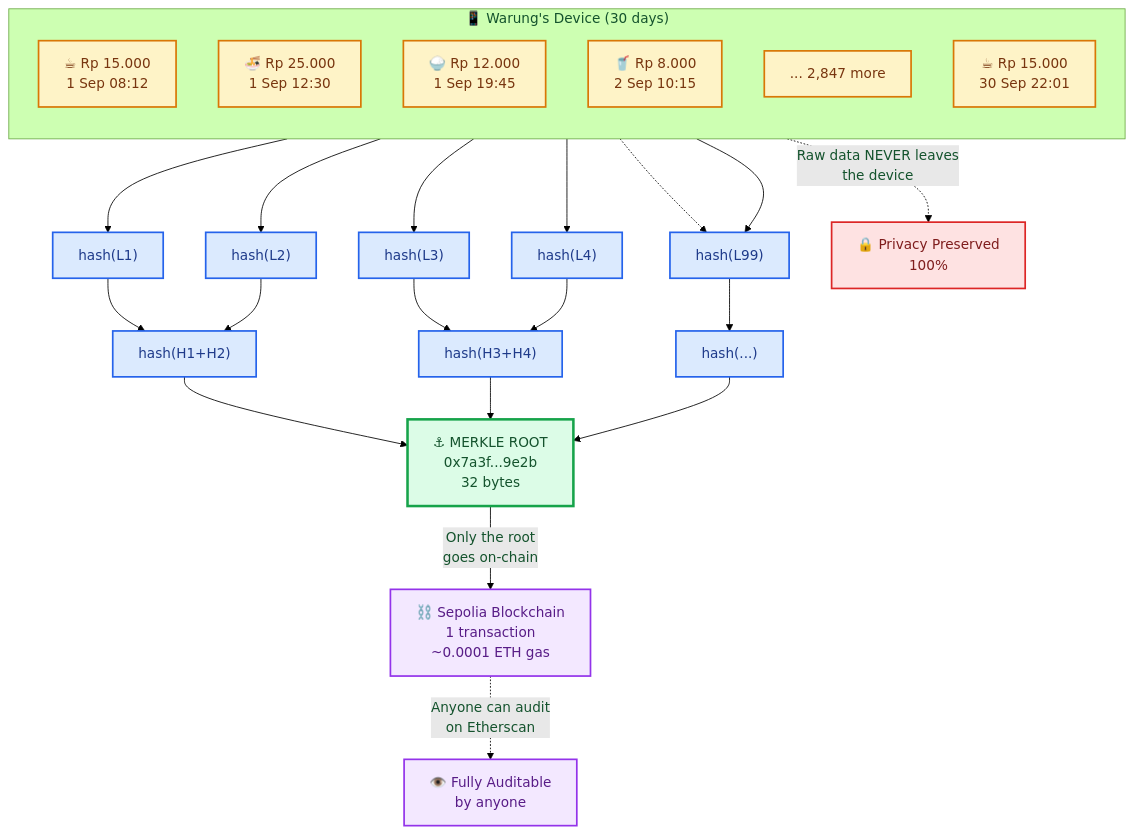
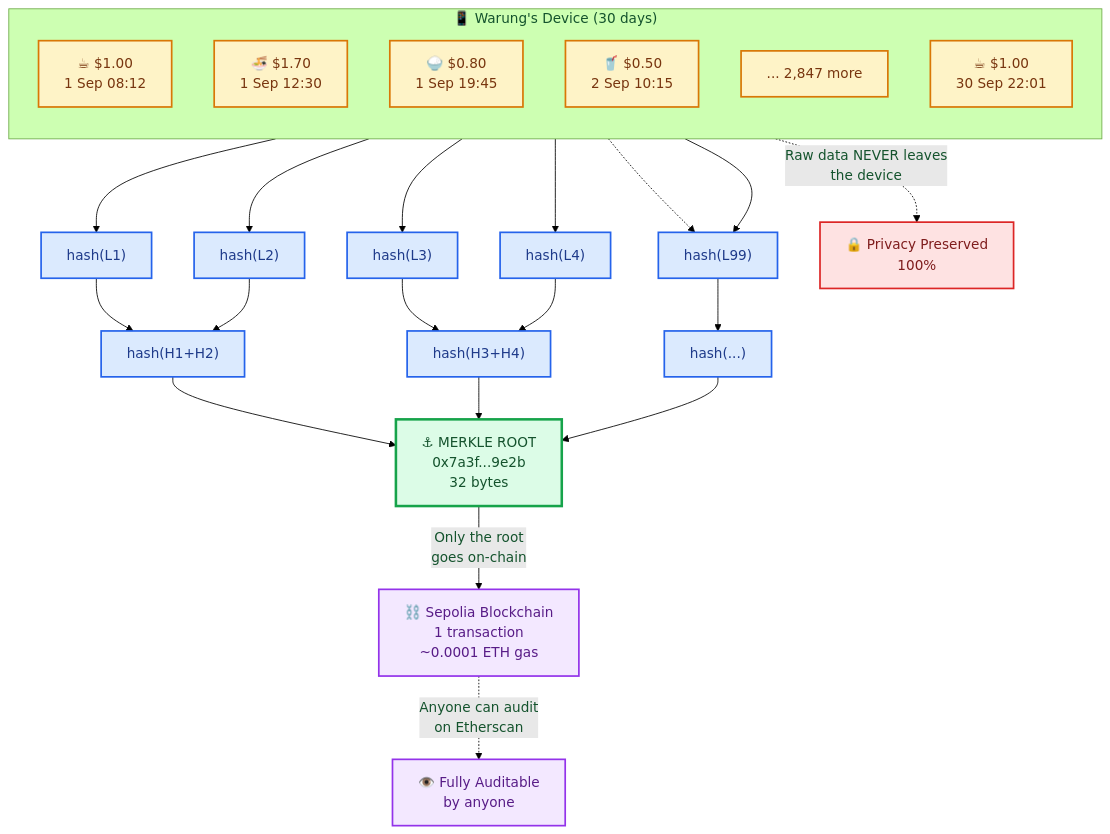
Before and after one commit to Ringga999/zcp2o-protocol: the diagram in docs/flowcharts/merkle-tree.md, drawn with Mermaid (forest theme). The commit also changed other lines of this file, not shown here.

````diff
--- a/docs/flowcharts/merkle-tree.md
+++ b/docs/flowcharts/merkle-tree.md
@@ -5,62 +7,62 @@
 ```mermaid
 flowchart TD
     %% Styling
     classDef leaf fill:#fef3c7,stroke:#d97706,stroke-width:2px,color:#78350f
     classDef node fill:#dbeafe,stroke:#2563eb,stroke-width:2px,color:#1e3a8a
     classDef root fill:#dcfce7,stroke:#16a34a,stroke-width:3px,color:#14532d
     classDef chain fill:#f3e8ff,stroke:#9333ea,stroke-width:2px,color:#581c87
     classDef privacy fill:#fee2e2,stroke:#dc2626,stroke-width:2px,color:#7f1d1d
 
     %% Layer 1: Raw transactions
     subgraph DEVICE["📱 Warung's Device (30 days)"]
         direction TB
-        L1["☕ Rp 15.000<br/>1 Sep 08:12"]:::leaf
-        L2["🍜 Rp 25.000<br/>1 Sep 12:30"]:::leaf
-        L3["🍚 Rp 12.000<br/>1 Sep 19:45"]:::leaf
-        L4["🥤 Rp 8.000<br/>2 Sep 10:15"]:::leaf
+        L1["☕ $1.00<br/>1 Sep 08:12"]:::leaf
+        L2["🍜 $1.70<br/>1 Sep 12:30"]:::leaf
+        L3["🍚 $0.80<br/>1 Sep 19:45"]:::leaf
+        L4["🥤 $0.50<br/>2 Sep 10:15"]:::leaf
         LN["... 2,847 more"]:::leaf
-        L99["☕ Rp 15.000<br/>30 Sep 22:01"]:::leaf
+        L99["☕ $1.00<br/>30 Sep 22:01"]:::leaf
     end
 
     %% Layer 2: Leaves (hashed)
     H1["hash(L1)"]:::node
     H2["hash(L2)"]:::node
     H3["hash(L3)"]:::node
     H4["hash(L4)"]:::node
     H99["hash(L99)"]:::node
 
     %% Layer 3: Intermediate nodes
     N1["hash(H1+H2)"]:::node
     N2["hash(H3+H4)"]:::node
     N99["hash(...)"]:::node
 
     %% Layer 4: Root
     ROOT["⚓ MERKLE ROOT<br/>0x7a3f...9e2b<br/>32 bytes"]:::root
 
     %% Layer 5: On-chain
     CHAIN["⛓️ Sepolia Blockchain<br/>1 transaction<br/>~0.0001 ETH gas"]:::chain
 
     %% Flow
     L1 --> H1
     L2 --> H2
     L3 --> H3
     L4 --> H4
     LN -.-> H99
     L99 --> H99
 
     H1 --> N1
     H2 --> N1
     H3 --> N2
     H4 --> N2
     H99 --> N99
 
     N1 --> ROOT
     N2 --> ROOT
     N99 --> ROOT
 
     ROOT -->|"Only the root<br/>goes on-chain"| CHAIN
 
     %% Side notes
     DEVICE -.->|"Raw data NEVER leaves<br/>the device"| PRIV["🔒 Privacy Preserved<br/>100%"]:::privacy
     CHAIN -.->|"Anyone can audit<br/>on Etherscan"| AUDIT["👁️ Fully Auditable<br/>by anyone"]:::chain
 ```
````
